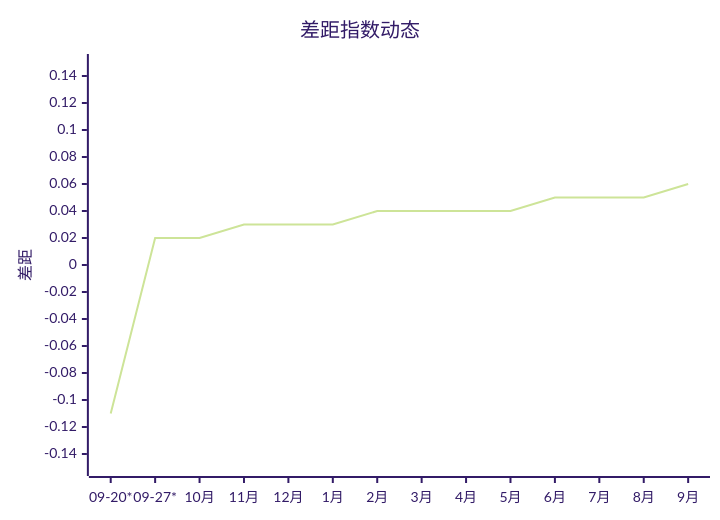
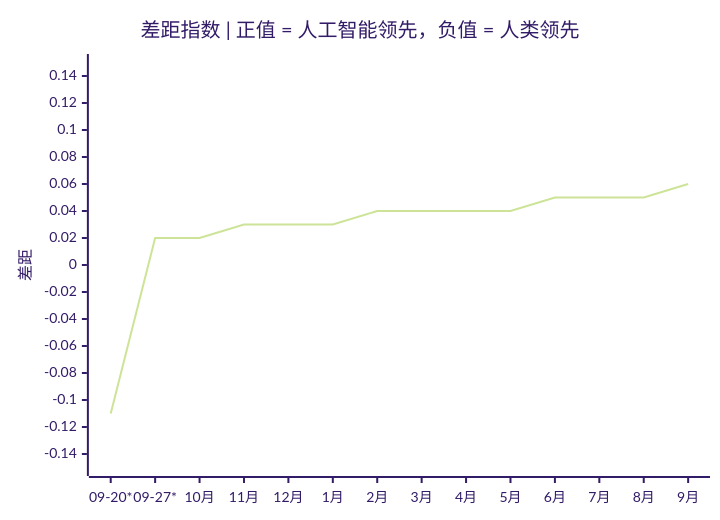
The second of 2 diagrams in README.zh.md (VQQLK/Human-AI-Monitor), drawn with Mermaid (forest theme) before and after one commit. The commit also changed other lines of this file and 2 other files, not shown here.

First line of the commit message:
feat(docs): use bars + line combo chart for instant identification

````diff
--- a/README.zh.md
+++ b/README.zh.md
@@ -42,7 +47,7 @@
 ```mermaid
 xychart-beta
-    title "差距指数动态"
+    title "差距指数 | 正值 = 人工智能领先，负值 = 人类领先"
     x-axis ["09-20*", "09-27*", "10月", "11月", "12月", "1月", "2月", "3月", "4月", "5月", "6月", "7月", "8月", "9月"]
     y-axis "差距" -0.15 --> 0.15
     line [-0.11, 0.02, 0.02, 0.03, 0.03, 0.03, 0.04, 0.04, 0.04, 0.04, 0.05, 0.05, 0.05, 0.06]
 ```
````
